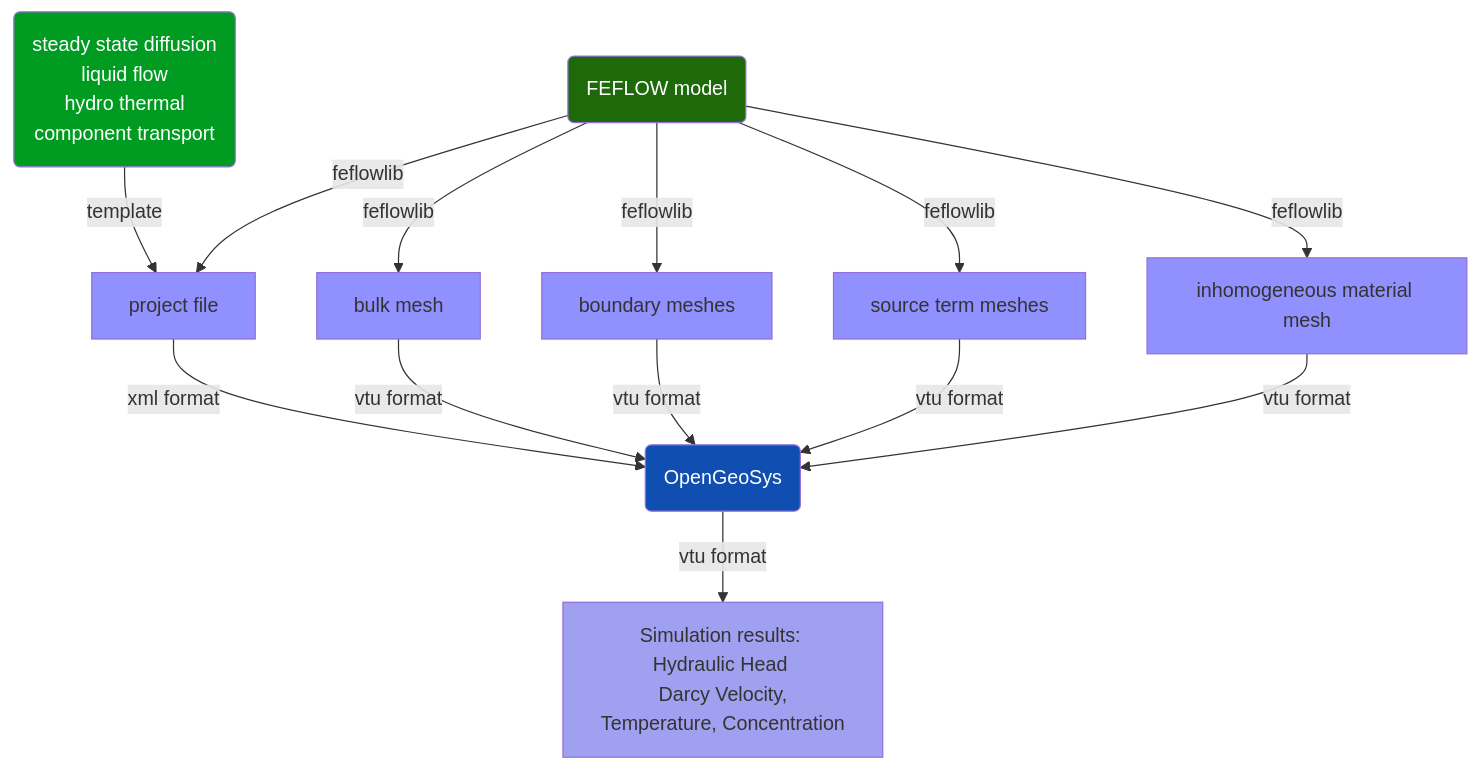
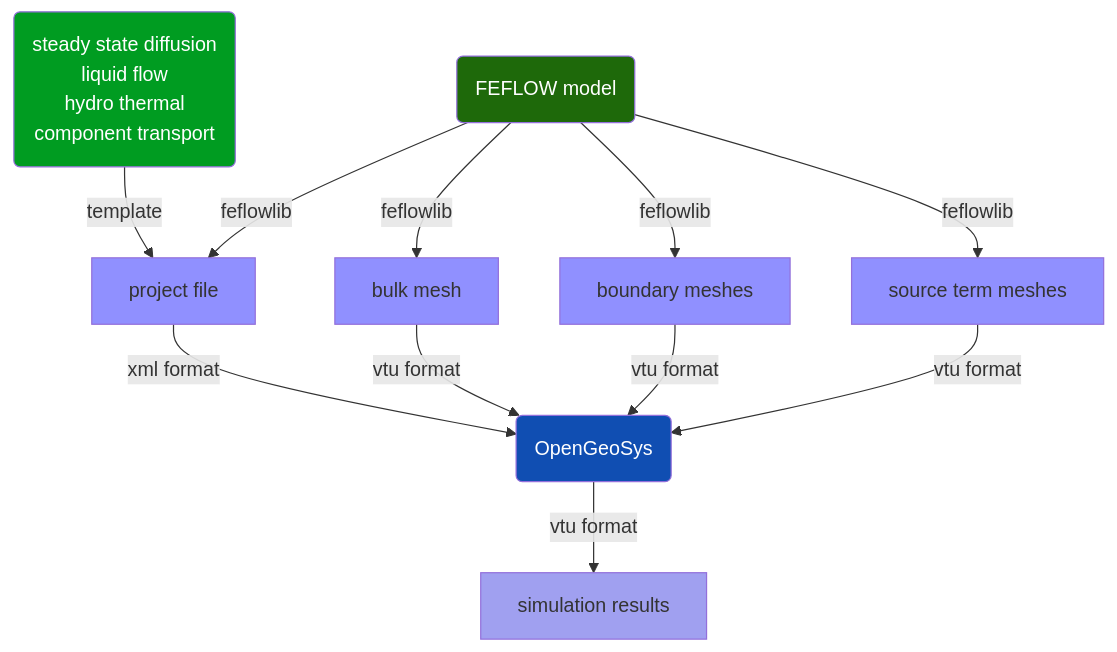
One commit to ufz/ogstools changed the diagram in docs/user-guide/feflowlib.md. Above: the diagram before and after it, drawn with Mermaid. The commit also changed other lines of this file, not shown here.

````diff
--- a/docs/user-guide/feflowlib.md
+++ b/docs/user-guide/feflowlib.md
@@ -53,23 +53,21 @@
 ```{mermaid}
 graph TD
-    FEFLOW(FEFLOW model):::FEFLOWStyle -->|feflowlib| OGS_PRJ:::InputStyle
-    FEFLOW(FEFLOW model):::FEFLOWStyle -->|feflowlib| OGS_BULK:::InputStyle
-    FEFLOW(FEFLOW model):::FEFLOWStyle -->|feflowlib| OGS_BOUNDARY:::InputStyle
-    FEFLOW(FEFLOW model):::FEFLOWStyle -->|feflowlib| OGS_SOURCE:::InputStyle
-    FEFLOW(FEFLOW model):::FEFLOWStyle -->|feflowlib| OGS_INHOMOGENEOUS:::InputStyle
-    SSD(steady state diffusion <br> liquid flow <br> hydro thermal <br> component transport):::TemplateStyle -->|template| OGS_PRJ:::InputStyle
-    OGS_PRJ[project file]:::InputStyle -->|xml format| OGS
-    OGS_BULK[bulk mesh]:::InputStyle -->|vtu format| OGS
-    OGS_BOUNDARY[boundary meshes]:::InputStyle -->|vtu format| OGS
-    OGS_INHOMOGENEOUS[inhomogeneous material mesh]:::InputStyle -->|vtu format| OGS
-    OGS_SOURCE[source term meshes]:::InputStyle -->|vtu format| OGS
-    OGS(OpenGeoSys):::OGSStyle -->|vtu format| OGS_PRESSURE[Simulation results: Hydraulic Head <br> Darcy Velocity, Temperature, Concentration]:::OGSOutputStyle
+ FEFLOW(FEFLOW model):::FEFLOWStyle -->|feflowlib| OGS_PRJ:::InputStyle
+ FEFLOW(FEFLOW model):::FEFLOWStyle -->|feflowlib| OGS_BULK:::InputStyle
+ FEFLOW(FEFLOW model):::FEFLOWStyle -->|feflowlib| OGS_BOUNDARY:::InputStyle
+ FEFLOW(FEFLOW model):::FEFLOWStyle -->|feflowlib| OGS_SOURCE:::InputStyle
+ SSD(steady state diffusion <br> liquid flow <br> hydro thermal <br> component transport):::TemplateStyle -->|template| OGS_PRJ:::InputStyle
+ OGS_PRJ[project file]:::InputStyle -->|xml format| OGS
+ OGS_BULK[bulk mesh]:::InputStyle -->|vtu format| OGS
+ OGS_BOUNDARY[boundary meshes]:::InputStyle -->|vtu format| OGS
+ OGS_SOURCE[source term meshes]:::InputStyle -->|vtu format| OGS
+ OGS(OpenGeoSys):::OGSStyle -->|vtu format| OGS_PRESSURE[simulation results]:::OGSOutputStyle
 
 
 classDef InputStyle fill:#9090ff
 classDef OGSStyle fill:#104eb2, color:#ffffff
 classDef FEFLOWStyle fill:#1e690a, color:#ffffff
 classDef feflowlibStyle fill:#081f6a, color:#ffffff
 classDef OGSOutputStyle fill:#a0a0f0
 classDef TemplateStyle fill:#009c21, color:#ffffff
 ```
````
